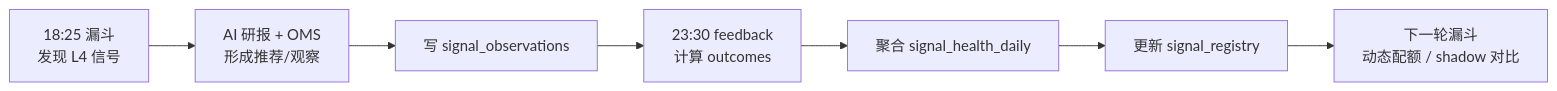
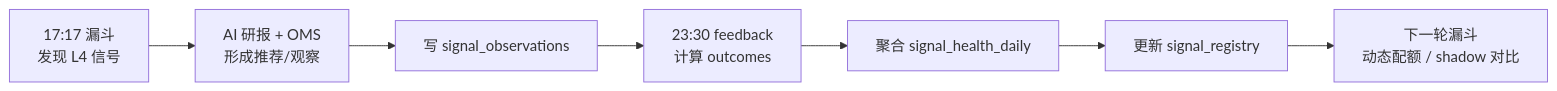
One commit to niyoh120/Wyckoff-Analysis changed the diagram in README_STRATEGY.md. Above: the diagram before and after it, drawn with Mermaid. The commit also changed other lines of this file and 20 other files, not shown here.

````diff
--- a/README_STRATEGY.md
+++ b/README_STRATEGY.md
@@ -51,9 +51,9 @@
 ```mermaid
 flowchart LR
-  A["18:25 漏斗<br/>发现 L4 信号"] --> B["AI 研报 + OMS<br/>形成推荐/观察"]
+  A["17:17 漏斗<br/>发现 L4 信号"] --> B["AI 研报 + OMS<br/>形成推荐/观察"]
   B --> C["写 signal_observations"]
   C --> D["23:30 feedback<br/>计算 outcomes"]
   D --> E["聚合 signal_health_daily"]
   E --> F["更新 signal_registry"]
   F --> G["下一轮漏斗<br/>动态配额 / shadow 对比"]
 ```
````
